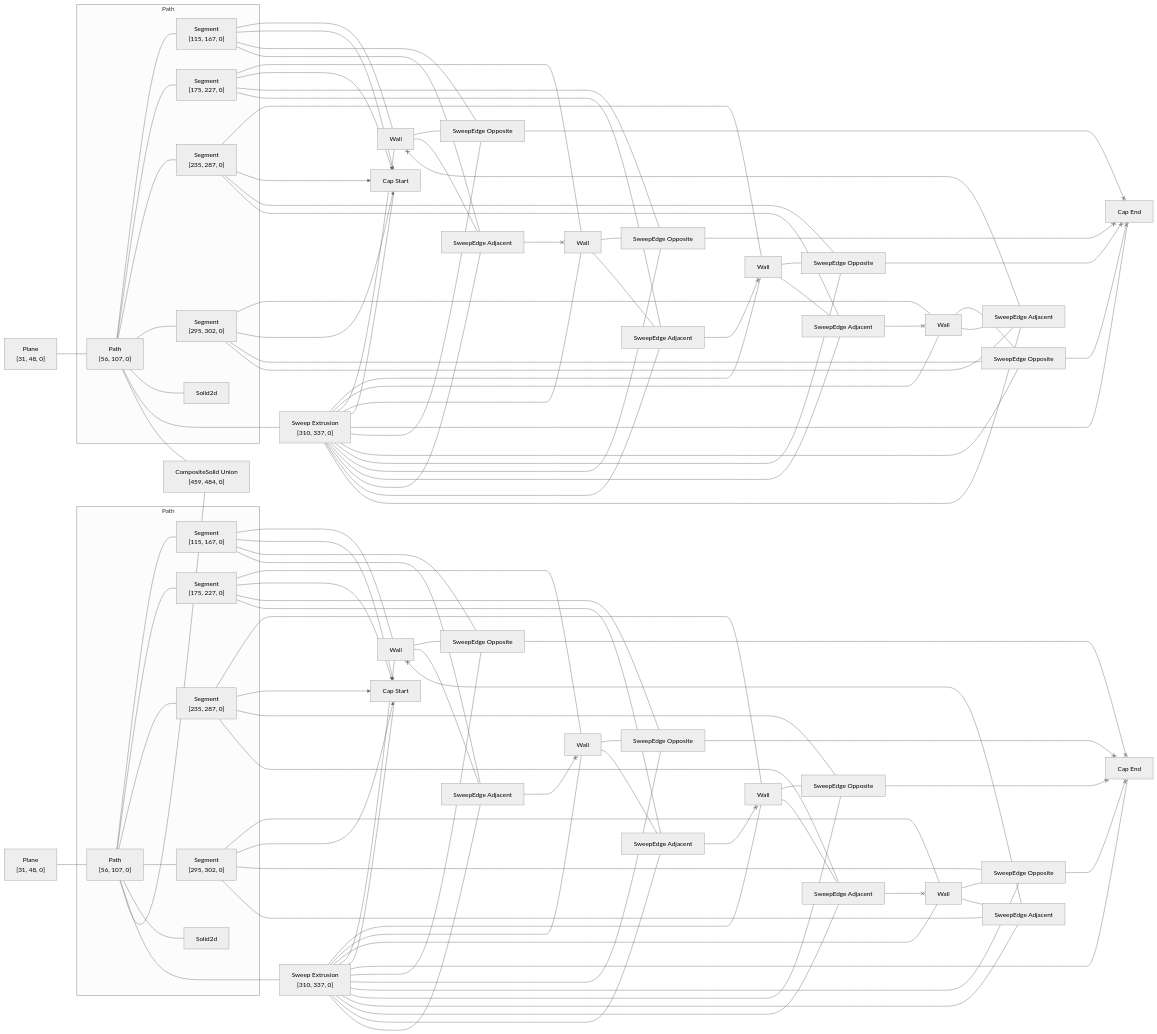
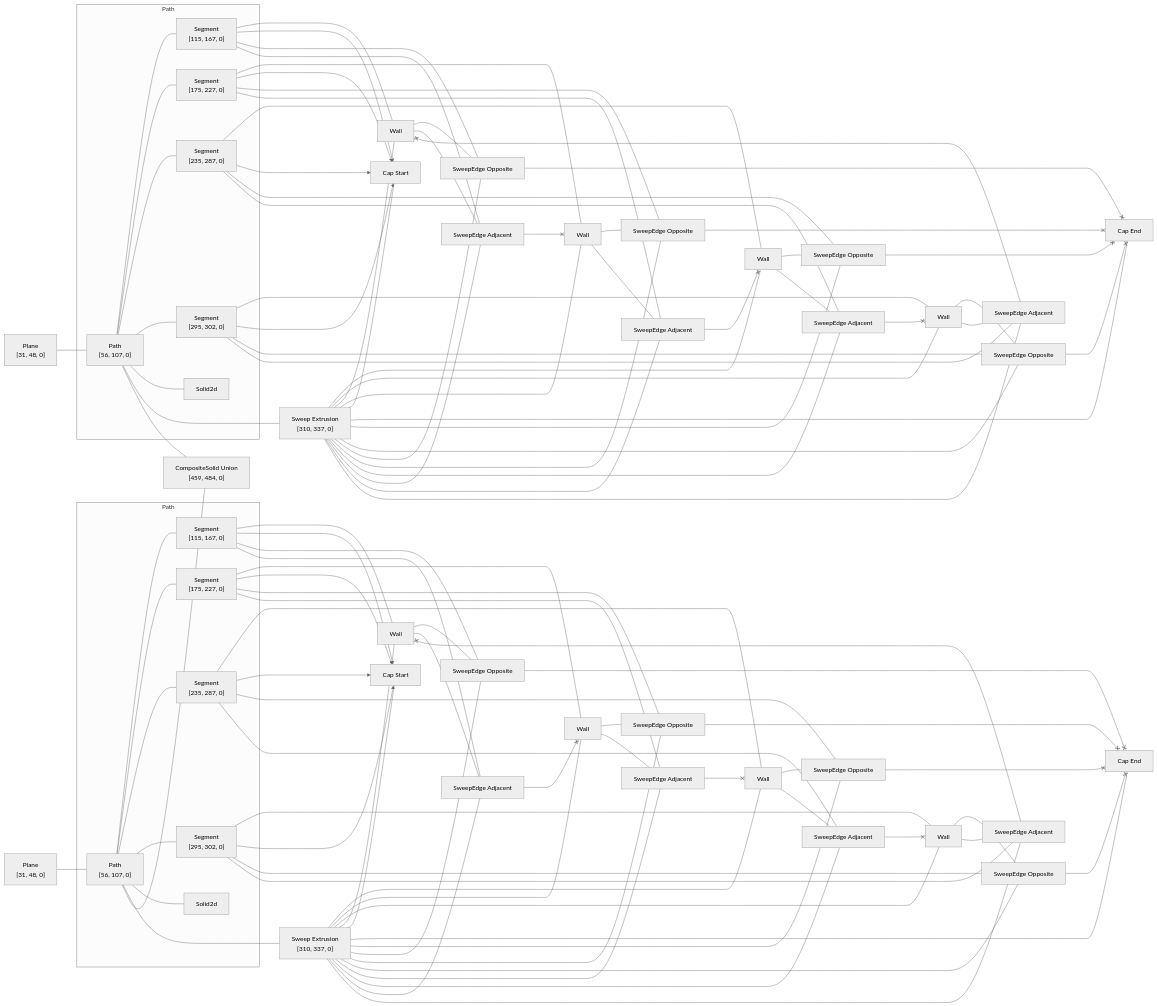
One commit to rajgandhi1/modeling-app changed the diagram in rust/kcl-lib/tests/union_cubes/artifact_graph_flowchart.snap.md. Above: the diagram before and after it, drawn with Mermaid (neutral theme). The commit also changed 110 other files, not shown here.

```diff
--- a/rust/kcl-lib/tests/union_cubes/artifact_graph_flowchart.snap.md
+++ b/rust/kcl-lib/tests/union_cubes/artifact_graph_flowchart.snap.md
@@ -67,27 +67,27 @@
   4 --- 17
   5 --- 24
   5 x--> 26
-  5 --- 34
+  5 --- 36
   5 --- 43
   6 --- 21
   6 x--> 27
-  6 --- 30
-  6 --- 41
+  6 --- 31
+  6 --- 40
   7 --- 19
   7 x--> 27
-  7 --- 31
-  7 --- 40
+  7 --- 32
+  7 --- 38
   8 --- 25
   8 x--> 26
   8 --- 37
   8 --- 44
   9 --- 22
   9 x--> 26
-  9 --- 36
+  9 --- 34
   9 --- 42
   10 --- 18
   10 x--> 27
-  10 --- 33
+  10 --- 30
   10 --- 39
   11 --- 23
   11 x--> 26
@@ -95,8 +95,8 @@
   11 --- 45
   12 --- 20
   12 x--> 27
-  12 --- 32
-  12 --- 38
+  12 --- 33
+  12 --- 41
   15 --- 18
   15 --- 19
   15 --- 20
@@ -125,25 +125,25 @@
   16 --- 43
   16 --- 44
   16 --- 45
-  18 --- 33
+  18 --- 30
+  38 <--x 18
   18 --- 39
-  40 <--x 18
-  19 --- 31
-  19 --- 40
-  41 <--x 19
-  20 --- 32
-  20 --- 38
+  19 --- 32
+  19 --- 38
+  40 <--x 19
+  20 --- 33
   39 <--x 20
-  21 --- 30
-  38 <--x 21
-  21 --- 41
-  22 --- 36
+  20 --- 41
+  21 --- 31
+  21 --- 40
+  41 <--x 21
+  22 --- 34
   22 --- 42
   44 <--x 22
   23 --- 35
   42 <--x 23
   23 --- 45
-  24 --- 34
+  24 --- 36
   24 --- 43
   45 <--x 24
   25 --- 37
```
